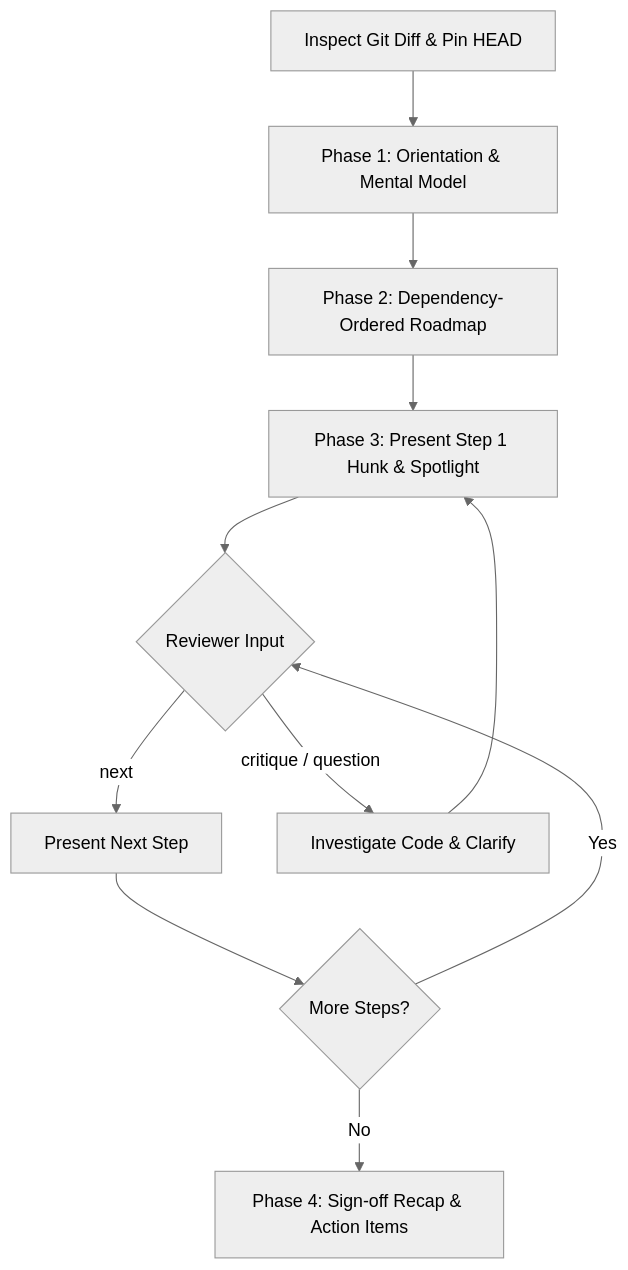
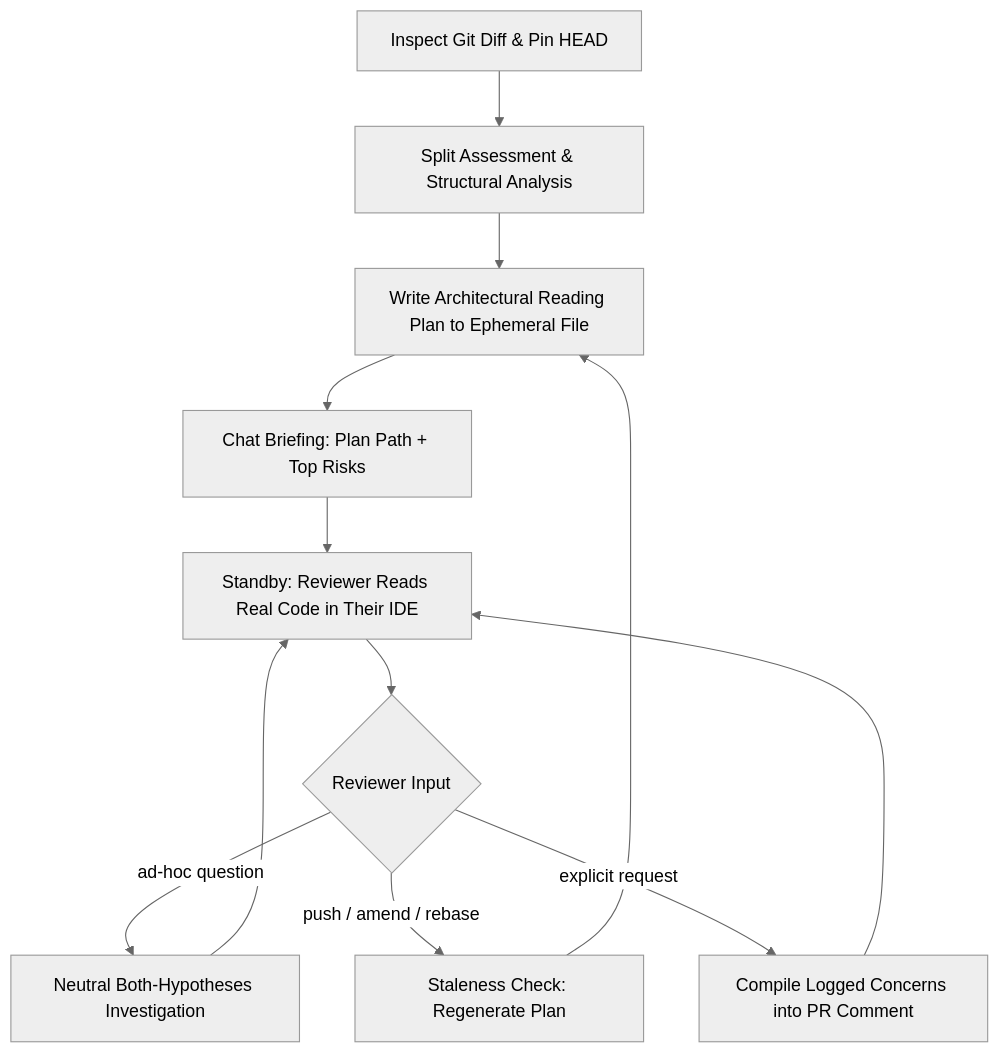
The diagram in skills/review-walkthrough/README.md (SMhdAsadi/my-skills), drawn with Mermaid (neutral theme) before and after one commit. The commit also changed other lines of this file and 4 other files, not shown here.

First line of the commit message:
feat!: redesign review-walkthrough as architectural reading-plan generator (v2.0.0)

````diff
--- a/skills/review-walkthrough/README.md
+++ b/skills/review-walkthrough/README.md
@@ -52,13 +53,14 @@
 ```mermaid
 flowchart TD
-    A[Inspect Git Diff & Pin HEAD] --> B[Phase 1: Orientation & Mental Model]
-    B --> C[Phase 2: Dependency-Ordered Roadmap]
-    C --> D[Phase 3: Present Step 1 Hunk & Spotlight]
-    D --> E{Reviewer Input}
-    E -- "next" --> F[Present Next Step]
-    E -- "critique / question" --> G[Investigate Code & Clarify]
-    G --> D
-    F --> H{More Steps?}
-    H -- Yes --> E
-    H -- No --> I[Phase 4: Sign-off Recap & Action Items]
+    A[Inspect Git Diff & Pin HEAD] --> B[Split Assessment & Structural Analysis]
+    B --> C[Write Architectural Reading Plan to Ephemeral File]
+    C --> D[Chat Briefing: Plan Path + Top Risks]
+    D --> E[Standby: Reviewer Reads Real Code in Their IDE]
+    E --> F{Reviewer Input}
+    F -- "ad-hoc question" --> G[Neutral Both-Hypotheses Investigation]
+    G --> E
+    F -- "push / amend / rebase" --> H[Staleness Check: Regenerate Plan]
+    H --> C
+    F -- "explicit request" --> I[Compile Logged Concerns into PR Comment]
+    I --> E
 ```
````
